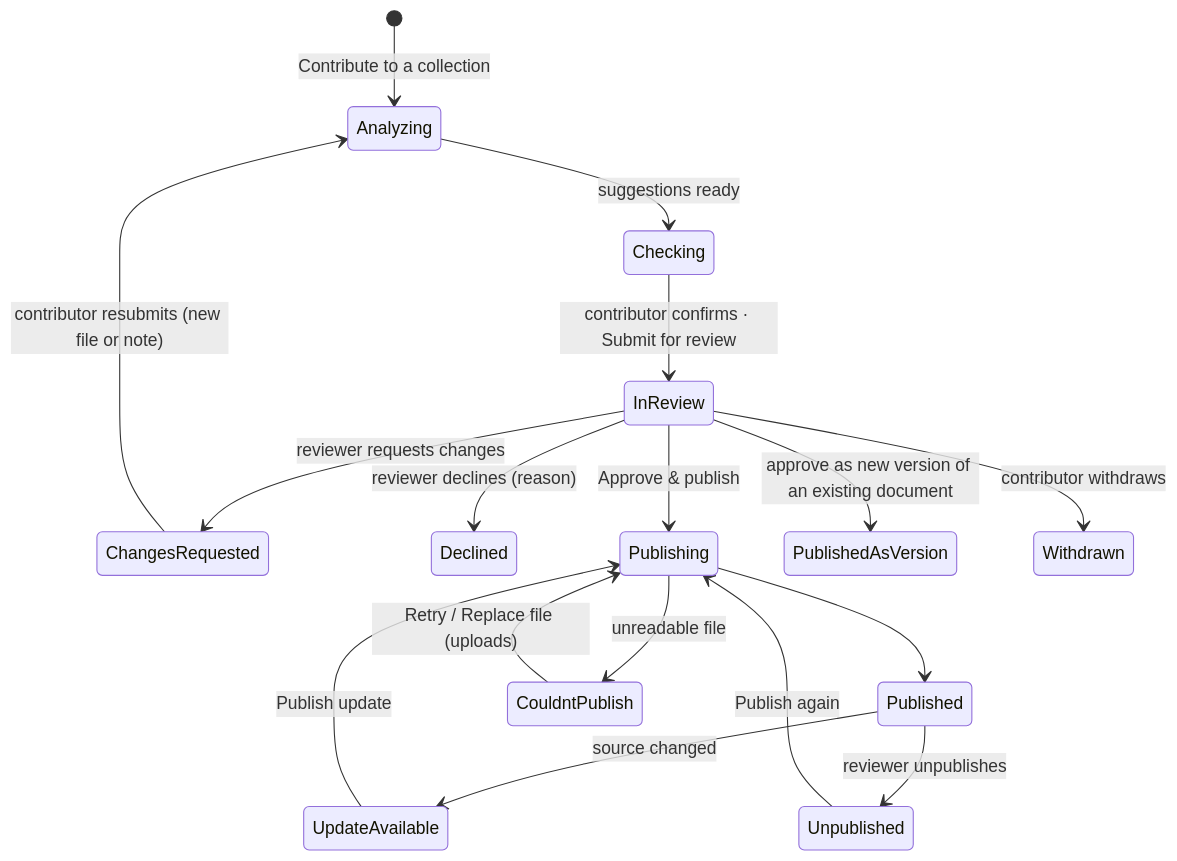
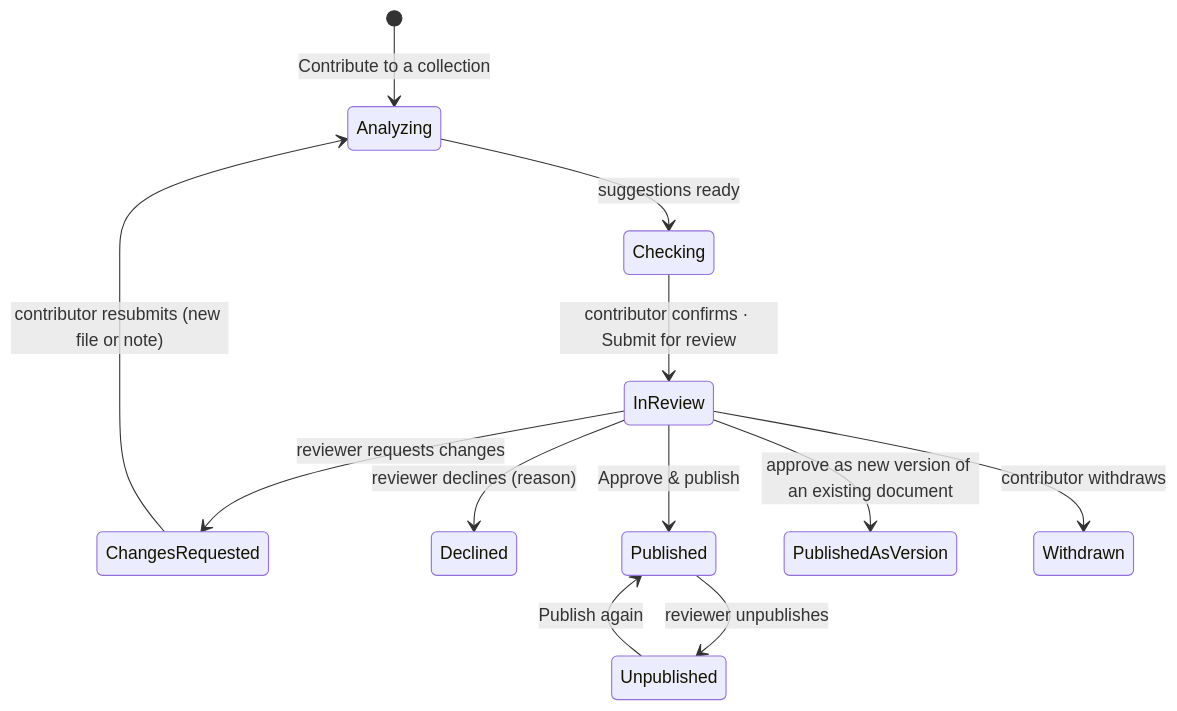
One commit to NguyenDuy1910/BoMesh changed the diagram in apps/ux_preview/docs/DOCUMENT_LIFECYCLE.md. Above: the diagram before and after it, drawn with Mermaid. The commit also changed other lines of this file and 107 other files, not shown here.

````diff
--- a/apps/ux_preview/docs/DOCUMENT_LIFECYCLE.md
+++ b/apps/ux_preview/docs/DOCUMENT_LIFECYCLE.md
@@ -15,19 +16,14 @@
 ```mermaid
 stateDiagram-v2
   [*] --> Analyzing: Contribute to a collection
   Analyzing --> Checking: suggestions ready
   Checking --> InReview: contributor confirms · Submit for review
   InReview --> ChangesRequested: reviewer requests changes
   ChangesRequested --> Analyzing: contributor resubmits (new file or note)
   InReview --> Declined: reviewer declines (reason)
-  InReview --> Publishing: Approve & publish
+  InReview --> Published: Approve & publish
   InReview --> PublishedAsVersion: approve as new version of an existing document
-  Publishing --> Published
-  Publishing --> CouldntPublish: unreadable file
-  CouldntPublish --> Publishing: Retry / Replace file (uploads)
-  Published --> UpdateAvailable: source changed
-  UpdateAvailable --> Publishing: Publish update
   Published --> Unpublished: reviewer unpublishes
-  Unpublished --> Publishing: Publish again
+  Unpublished --> Published: Publish again
   InReview --> Withdrawn: contributor withdraws
 ```
````
